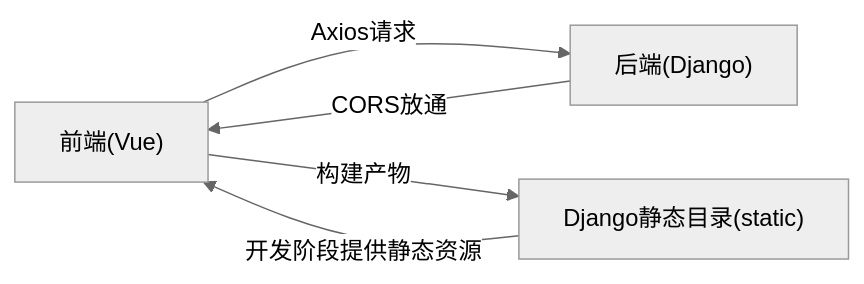
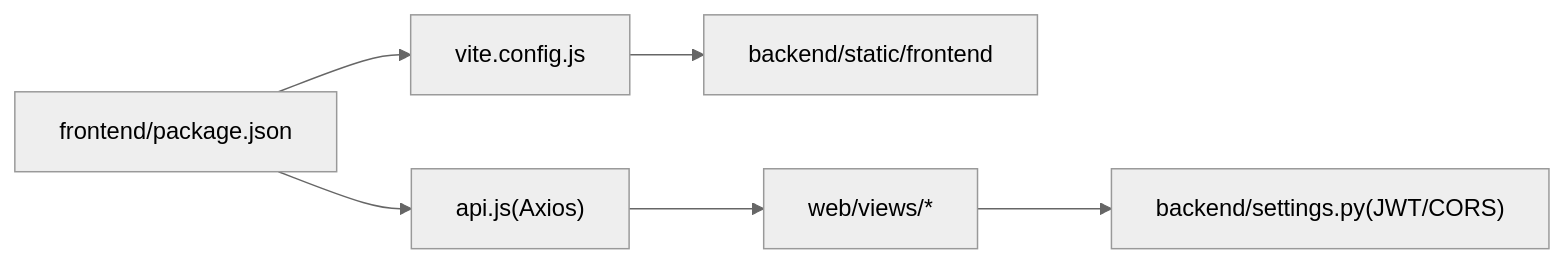
Before and after one commit to Blaipchi/LLM_AIfriends: the fifth of 5 diagrams in .qoder/repowiki/zh/content/部署指南/开发环境部署.md, drawn with Mermaid (neutral theme). The commit also changed other lines of this file and 89 other files, not shown here.

````diff
--- a/.qoder/repowiki/zh/content/部署指南/开发环境部署.md
+++ b/.qoder/repowiki/zh/content/部署指南/开发环境部署.md
@@ -242,7 +247,8 @@
 ```mermaid
 graph LR
-FE["前端(Vue)"] -- "Axios请求" --> BE["后端(Django)"]
-BE -- "CORS放通" --> FE
-FE -- "构建产物" --> DJ_STATIC["Django静态目录(static)"]
-DJ_STATIC -- "开发阶段提供静态资源" --> FE
+FE["frontend/package.json"] --> Vite["vite.config.js"]
+Vite --> DjangoStatic["backend/static/frontend"]
+FE --> Axios["api.js(Axios)"]
+Axios --> Backend["web/views/*"]
+Backend --> Settings["backend/settings.py(JWT/CORS)"]
 ```
````
